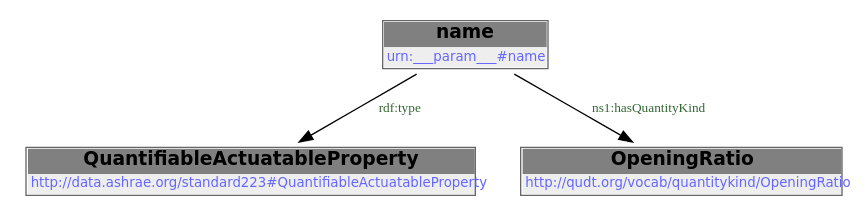
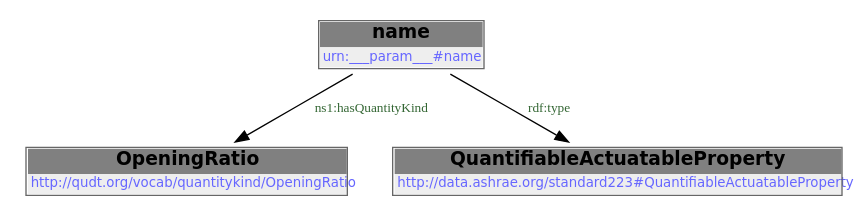
One commit to DataDrivenCPS/water-ontology changed the second of 2 diagrams in docs/libraries/templates/opening-command.rst. Above: the diagram before and after it, drawn with Graphviz. The commit also changed 33 other files, not shown here.

```diff
--- a/docs/libraries/templates/opening-command.rst
+++ b/docs/libraries/templates/opening-command.rst
@@ -70,10 +70,10 @@
         .. graphviz::
 
                 digraph G {
             node [fontname="DejaVu Sans"];
-            node0 -> node1 [color=BLACK, label=< <font point-size='10' color='#336633'>rdf:type</font> >];
-            node0 -> node2 [color=BLACK, label=< <font point-size='10' color='#336633'>ns1:hasQuantityKind</font> >];
+            node0 -> node1 [color=BLACK, label=< <font point-size='10' color='#336633'>ns1:hasQuantityKind</font> >];
+            node0 -> node2 [color=BLACK, label=< <font point-size='10' color='#336633'>rdf:type</font> >];
             node0 [shape=none, color=black, label=< <table color='#666666' cellborder='0' cellspacing='0' border='1'><tr><td colspan='2' bgcolor='grey'><B>name</B></td></tr><tr><td href='urn:___param___#name' bgcolor='#eeeeee' colspan='2'><font point-size='10' color='#6666ff'>urn:___param___#name</font></td></tr></table> >];
-            node1 [shape=none, color=black, label=< <table color='#666666' cellborder='0' cellspacing='0' border='1'><tr><td colspan='2' bgcolor='grey'><B>QuantifiableActuatableProperty</B></td></tr><tr><td href='http://data.ashrae.org/standard223#QuantifiableActuatableProperty' bgcolor='#eeeeee' colspan='2'><font point-size='10' color='#6666ff'>http://data.ashrae.org/standard223#QuantifiableActuatableProperty</font></td></tr></table> >];
-            node2 [shape=none, color=black, label=< <table color='#666666' cellborder='0' cellspacing='0' border='1'><tr><td colspan='2' bgcolor='grey'><B>OpeningRatio</B></td></tr><tr><td href='http://qudt.org/vocab/quantitykind/OpeningRatio' bgcolor='#eeeeee' colspan='2'><font point-size='10' color='#6666ff'>http://qudt.org/vocab/quantitykind/OpeningRatio</font></td></tr></table> >];
+            node1 [shape=none, color=black, label=< <table color='#666666' cellborder='0' cellspacing='0' border='1'><tr><td colspan='2' bgcolor='grey'><B>OpeningRatio</B></td></tr><tr><td href='http://qudt.org/vocab/quantitykind/OpeningRatio' bgcolor='#eeeeee' colspan='2'><font point-size='10' color='#6666ff'>http://qudt.org/vocab/quantitykind/OpeningRatio</font></td></tr></table> >];
+            node2 [shape=none, color=black, label=< <table color='#666666' cellborder='0' cellspacing='0' border='1'><tr><td colspan='2' bgcolor='grey'><B>QuantifiableActuatableProperty</B></td></tr><tr><td href='http://data.ashrae.org/standard223#QuantifiableActuatableProperty' bgcolor='#eeeeee' colspan='2'><font point-size='10' color='#6666ff'>http://data.ashrae.org/standard223#QuantifiableActuatableProperty</font></td></tr></table> >];
             }
```
